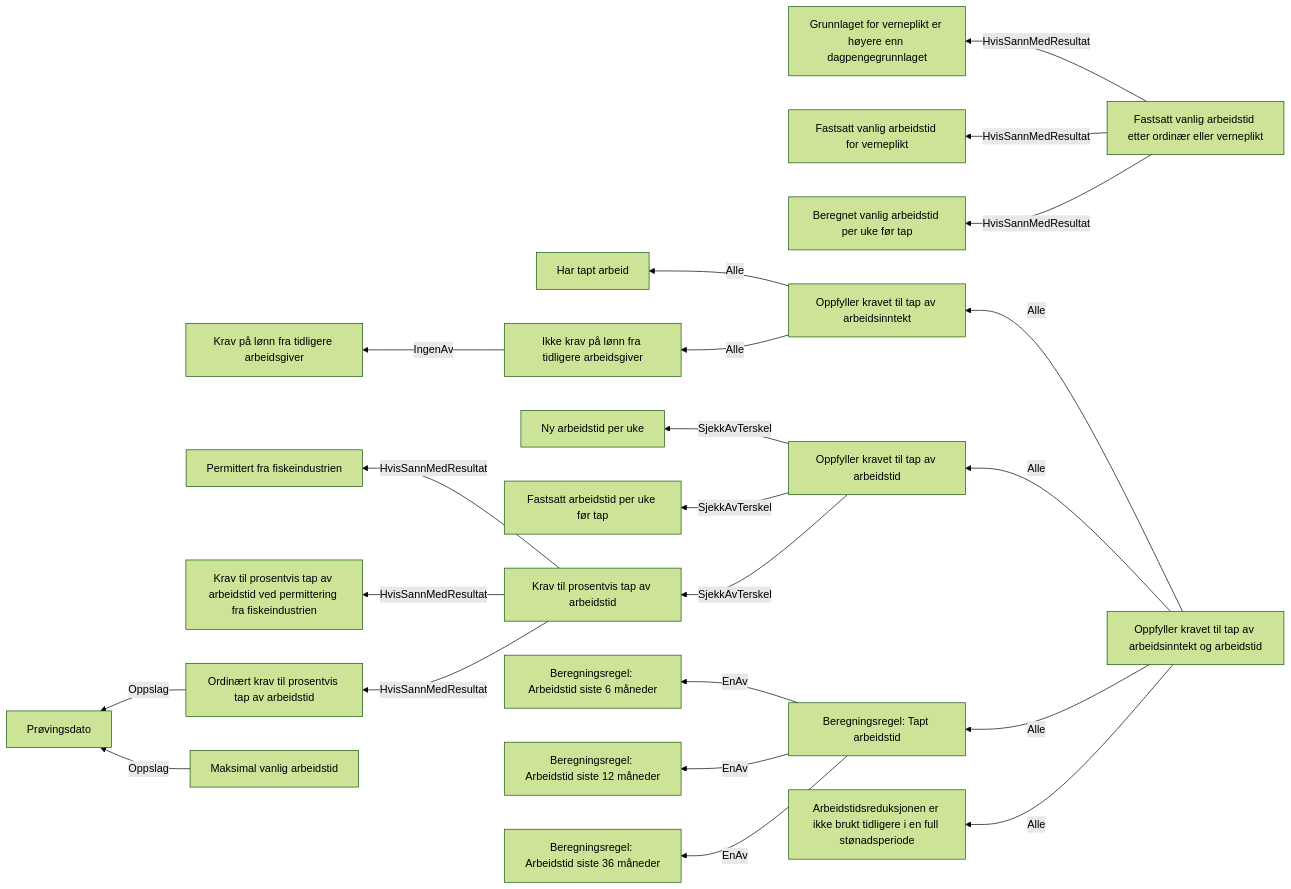
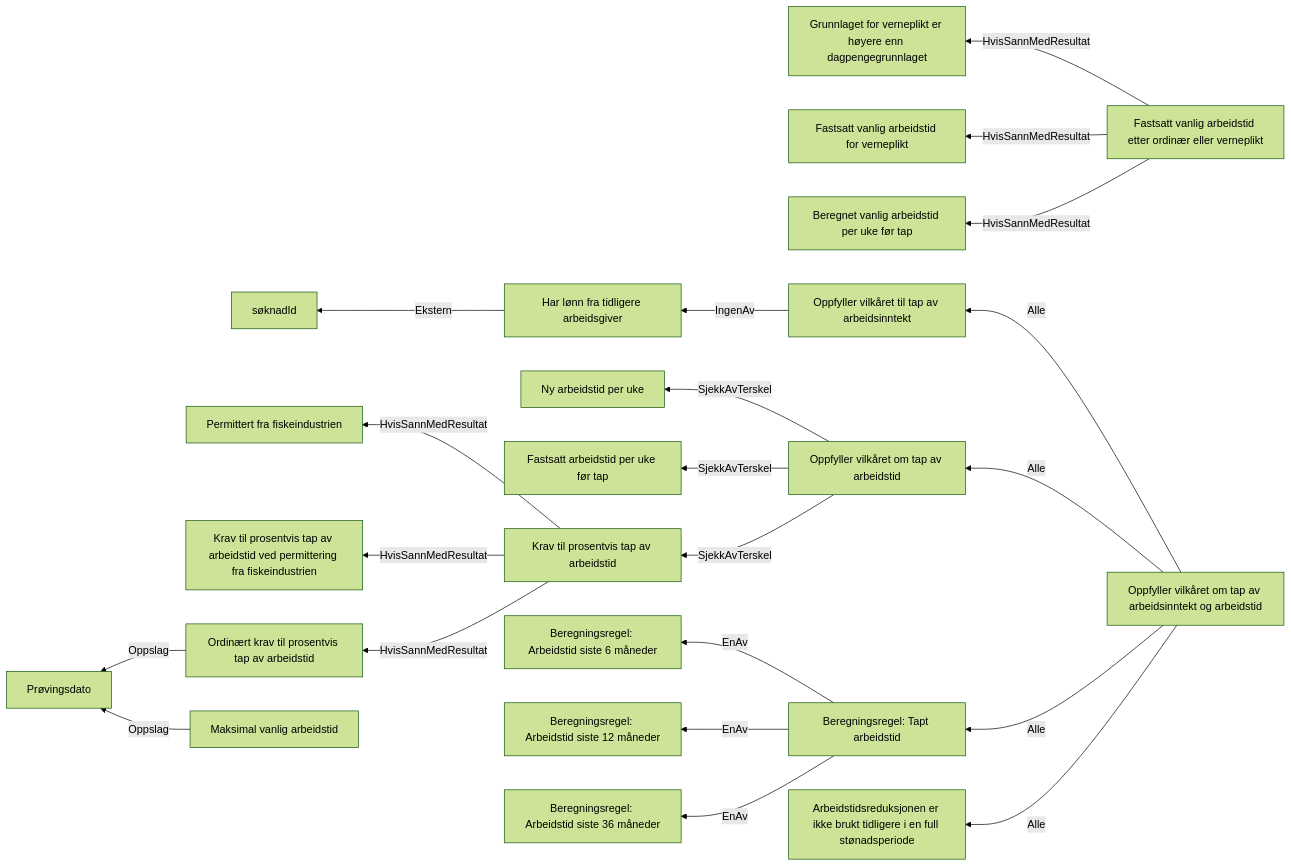
One commit to navikt/dp-behandling changed the diagram in docs/regler/§ 4-3. Tap av arbeidsinntekt og arbeidstid.approved.md. Above: the diagram before and after it, drawn with Mermaid (forest theme). The commit also changed 16 other files, not shown here.

First line of the commit message:
Rydd opp i navn og avklaringer rundt krav på lønn

````diff
--- a/docs/regler/§ 4-3. Tap av arbeidsinntekt og arbeidstid.approved.md
+++ b/docs/regler/§ 4-3. Tap av arbeidsinntekt og arbeidstid.approved.md
@@ -5,24 +5,23 @@
 ```mermaid
 graph RL
-  A["Ikke krav på lønn fra tidligere arbeidsgiver"] -->|"IngenAv"| B["Krav på lønn fra tidligere arbeidsgiver"]
-  C["Oppfyller kravet til tap av arbeidsinntekt"] -->|"Alle"| D["Har tapt arbeid"]
-  C["Oppfyller kravet til tap av arbeidsinntekt"] -->|"Alle"| A["Ikke krav på lønn fra tidligere arbeidsgiver"]
-  E["Ordinært krav til prosentvis tap av arbeidstid"] -->|"Oppslag"| F["Prøvingsdato"]
-  G["Krav til prosentvis tap av arbeidstid"] -->|"HvisSannMedResultat"| H["Permittert fra fiskeindustrien"]
-  G["Krav til prosentvis tap av arbeidstid"] -->|"HvisSannMedResultat"| I["Krav til prosentvis tap av arbeidstid ved permittering fra fiskeindustrien"]
-  G["Krav til prosentvis tap av arbeidstid"] -->|"HvisSannMedResultat"| E["Ordinært krav til prosentvis tap av arbeidstid"]
-  J["Fastsatt vanlig arbeidstid etter ordinær eller verneplikt"] -->|"HvisSannMedResultat"| K["Grunnlaget for verneplikt er høyere enn dagpengegrunnlaget"]
-  J["Fastsatt vanlig arbeidstid etter ordinær eller verneplikt"] -->|"HvisSannMedResultat"| L["Fastsatt vanlig arbeidstid for verneplikt"]
-  J["Fastsatt vanlig arbeidstid etter ordinær eller verneplikt"] -->|"HvisSannMedResultat"| M["Beregnet vanlig arbeidstid per uke før tap"]
-  N["Maksimal vanlig arbeidstid"] -->|"Oppslag"| F["Prøvingsdato"]
-  O["Oppfyller kravet til tap av arbeidstid"] -->|"SjekkAvTerskel"| P["Ny arbeidstid per uke"]
-  O["Oppfyller kravet til tap av arbeidstid"] -->|"SjekkAvTerskel"| Q["Fastsatt arbeidstid per uke før tap"]
-  O["Oppfyller kravet til tap av arbeidstid"] -->|"SjekkAvTerskel"| G["Krav til prosentvis tap av arbeidstid"]
-  R["Beregningsregel: Tapt arbeidstid"] -->|"EnAv"| S["Beregningsregel: Arbeidstid siste 6 måneder"]
-  R["Beregningsregel: Tapt arbeidstid"] -->|"EnAv"| T["Beregningsregel: Arbeidstid siste 12 måneder"]
-  R["Beregningsregel: Tapt arbeidstid"] -->|"EnAv"| U["Beregningsregel: Arbeidstid siste 36 måneder"]
-  V["Oppfyller kravet til tap av arbeidsinntekt og arbeidstid"] -->|"Alle"| C["Oppfyller kravet til tap av arbeidsinntekt"]
-  V["Oppfyller kravet til tap av arbeidsinntekt og arbeidstid"] -->|"Alle"| O["Oppfyller kravet til tap av arbeidstid"]
-  V["Oppfyller kravet til tap av arbeidsinntekt og arbeidstid"] -->|"Alle"| R["Beregningsregel: Tapt arbeidstid"]
-  V["Oppfyller kravet til tap av arbeidsinntekt og arbeidstid"] -->|"Alle"| W["Arbeidstidsreduksjonen er ikke brukt tidligere i en full stønadsperiode"]
+  A["Har lønn fra tidligere arbeidsgiver"] -->|"Ekstern"| B["søknadId"]
+  C["Oppfyller vilkåret til tap av arbeidsinntekt"] -->|"IngenAv"| A["Har lønn fra tidligere arbeidsgiver"]
+  D["Ordinært krav til prosentvis tap av arbeidstid"] -->|"Oppslag"| E["Prøvingsdato"]
+  F["Krav til prosentvis tap av arbeidstid"] -->|"HvisSannMedResultat"| G["Permittert fra fiskeindustrien"]
+  F["Krav til prosentvis tap av arbeidstid"] -->|"HvisSannMedResultat"| H["Krav til prosentvis tap av arbeidstid ved permittering fra fiskeindustrien"]
+  F["Krav til prosentvis tap av arbeidstid"] -->|"HvisSannMedResultat"| D["Ordinært krav til prosentvis tap av arbeidstid"]
+  I["Fastsatt vanlig arbeidstid etter ordinær eller verneplikt"] -->|"HvisSannMedResultat"| J["Grunnlaget for verneplikt er høyere enn dagpengegrunnlaget"]
+  I["Fastsatt vanlig arbeidstid etter ordinær eller verneplikt"] -->|"HvisSannMedResultat"| K["Fastsatt vanlig arbeidstid for verneplikt"]
+  I["Fastsatt vanlig arbeidstid etter ordinær eller verneplikt"] -->|"HvisSannMedResultat"| L["Beregnet vanlig arbeidstid per uke før tap"]
+  M["Maksimal vanlig arbeidstid"] -->|"Oppslag"| E["Prøvingsdato"]
+  N["Oppfyller vilkåret om tap av arbeidstid"] -->|"SjekkAvTerskel"| O["Ny arbeidstid per uke"]
+  N["Oppfyller vilkåret om tap av arbeidstid"] -->|"SjekkAvTerskel"| P["Fastsatt arbeidstid per uke før tap"]
+  N["Oppfyller vilkåret om tap av arbeidstid"] -->|"SjekkAvTerskel"| F["Krav til prosentvis tap av arbeidstid"]
+  Q["Beregningsregel: Tapt arbeidstid"] -->|"EnAv"| R["Beregningsregel: Arbeidstid siste 6 måneder"]
+  Q["Beregningsregel: Tapt arbeidstid"] -->|"EnAv"| S["Beregningsregel: Arbeidstid siste 12 måneder"]
+  Q["Beregningsregel: Tapt arbeidstid"] -->|"EnAv"| T["Beregningsregel: Arbeidstid siste 36 måneder"]
+  U["Oppfyller vilkåret om tap av arbeidsinntekt og arbeidstid"] -->|"Alle"| C["Oppfyller vilkåret til tap av arbeidsinntekt"]
+  U["Oppfyller vilkåret om tap av arbeidsinntekt og arbeidstid"] -->|"Alle"| N["Oppfyller vilkåret om tap av arbeidstid"]
+  U["Oppfyller vilkåret om tap av arbeidsinntekt og arbeidstid"] -->|"Alle"| Q["Beregningsregel: Tapt arbeidstid"]
+  U["Oppfyller vilkåret om tap av arbeidsinntekt og arbeidstid"] -->|"Alle"| V["Arbeidstidsreduksjonen er ikke brukt tidligere i en full stønadsperiode"]
 ```
````
